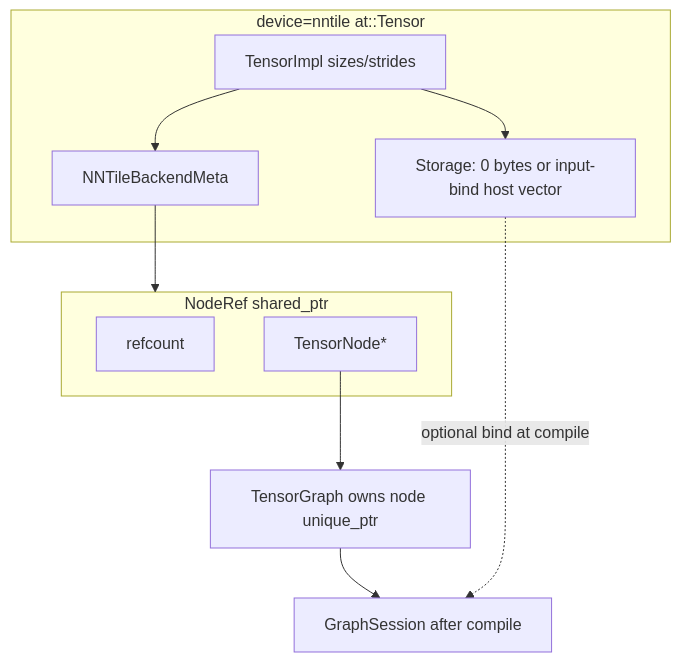
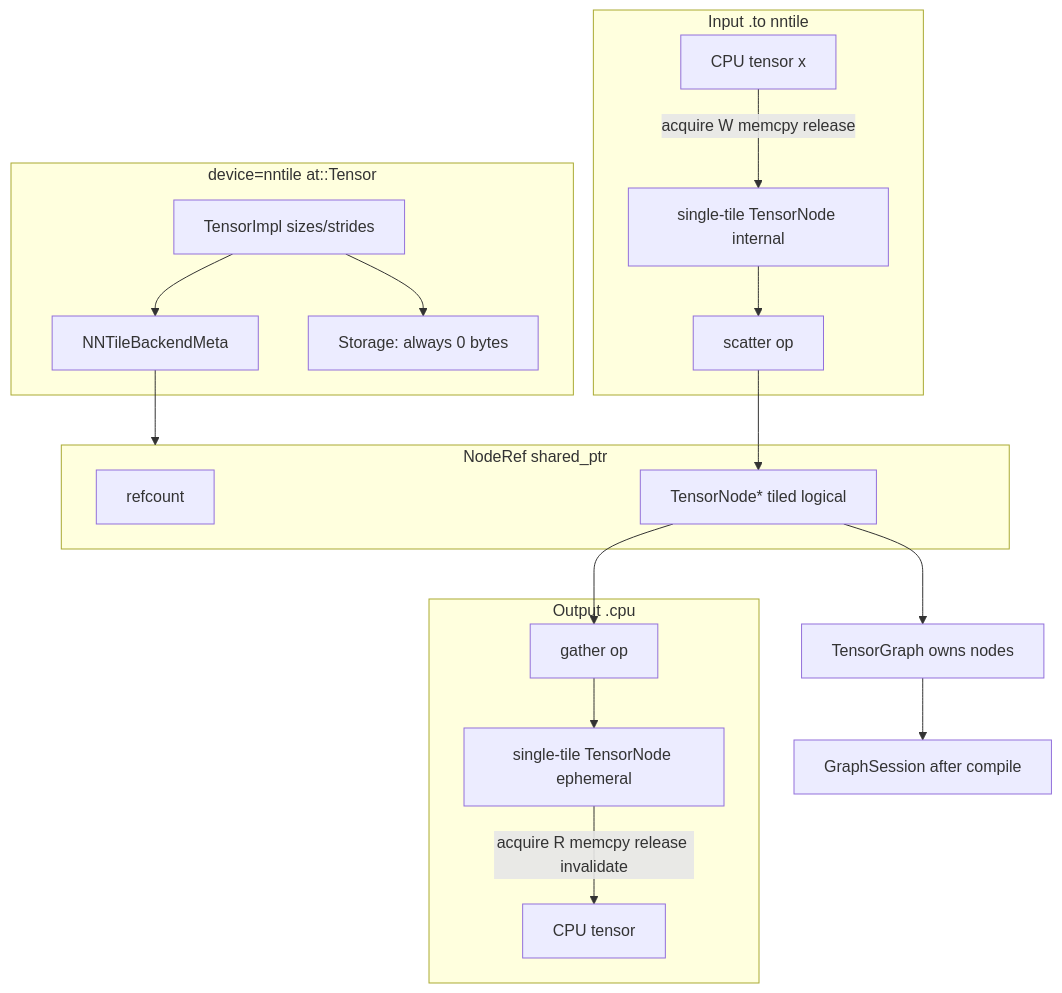
One commit to nntile/nntile changed the diagram in docs/dev/nntile_tensor_impl_plan.md. Above: the diagram before and after it, drawn with Mermaid. The commit also changed other lines of this file, not shown here.

Commit message:
docs: symmetric single-tile scatter/gather for .to(nntile) and .cpu()

````diff
--- a/docs/dev/nntile_tensor_impl_plan.md
+++ b/docs/dev/nntile_tensor_impl_plan.md
@@ -68,20 +69,37 @@
 ```mermaid
 flowchart TD
     subgraph tensor [device=nntile at::Tensor]
         Impl[TensorImpl sizes/strides]
         Meta[NNTileBackendMeta]
-        Storage["Storage: 0 bytes or input-bind host vector"]
+        Storage["Storage: always 0 bytes"]
         Impl --> Meta
         Impl --> Storage
     end
 
     subgraph noderef [NodeRef shared_ptr]
         RC[refcount]
-        Ptr[TensorNode*]
+        Ptr["TensorNode* tiled logical"]
     end
 
     Meta --> noderef
-    Ptr --> TG[TensorGraph owns node unique_ptr]
+    Ptr --> TG[TensorGraph owns nodes]
     TG --> Session[GraphSession after compile]
-    Storage -.->|optional bind at compile| Session
+
+    subgraph input_io [Input .to nntile]
+        CPUx[CPU tensor x]
+        Staged["single-tile TensorNode internal"]
+        Scatter[scatter op]
+        CPUx -->|acquire W memcpy release| Staged
+        Staged --> Scatter
+        Scatter --> Ptr
+    end
+
+    subgraph output_io [Output .cpu]
+        Gather[gather op]
+        Ephemeral["single-tile TensorNode ephemeral"]
+        CPUout[CPU tensor]
+        Ptr --> Gather
+        Gather --> Ephemeral
+        Ephemeral -->|acquire R memcpy release invalidate| CPUout
+    end
 ```
````
